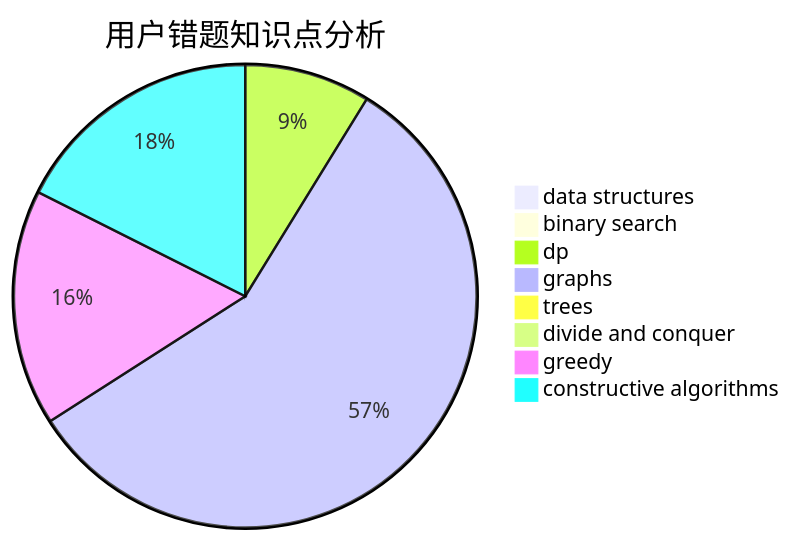
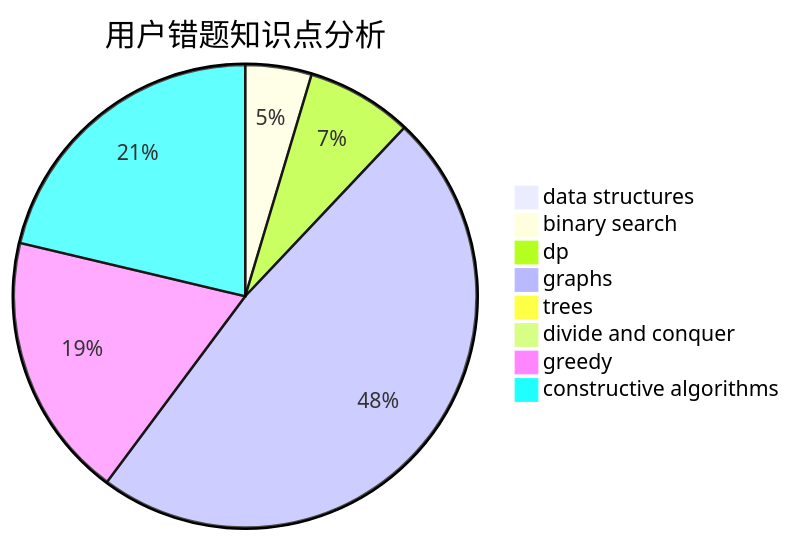
One commit to sherpahu/cfrs.github.io changed the third of 3 diagrams in docs/user/u1701.md. Above: the diagram before and after it, drawn with Mermaid. The commit also changed other lines of this file and 2770 other files, not shown here.

````diff
--- a/docs/user/u1701.md
+++ b/docs/user/u1701.md
@@ -36,11 +36,11 @@
 ```mermaid
 pie title 用户错题知识点分析
     "data structures" :  0
-    "binary search" :  0
+    "binary search" :  5
     "dp" :  8
     "graphs" :  52
     "trees" :  0
     "divide and conquer" :  0
-    "greedy" :  15
-    "constructive algorithms" :  16
+    "greedy" :  20
+    "constructive algorithms" :  23
 ```
````
